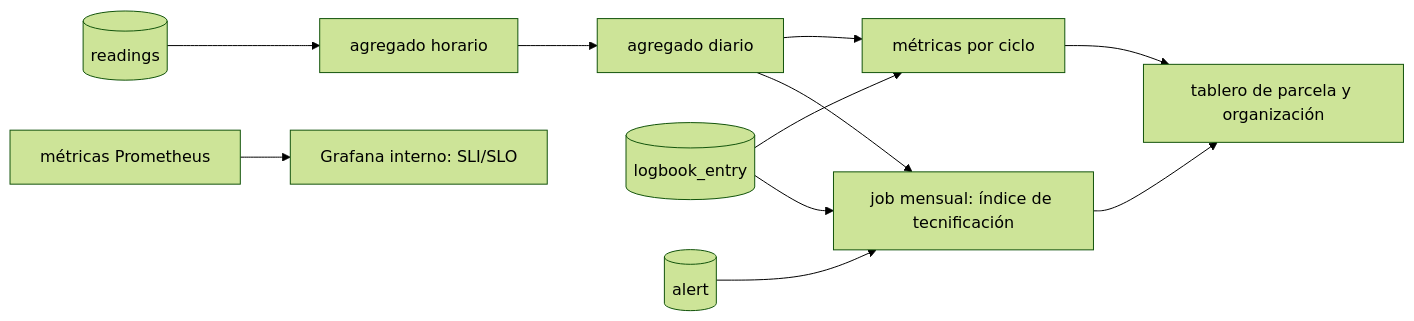
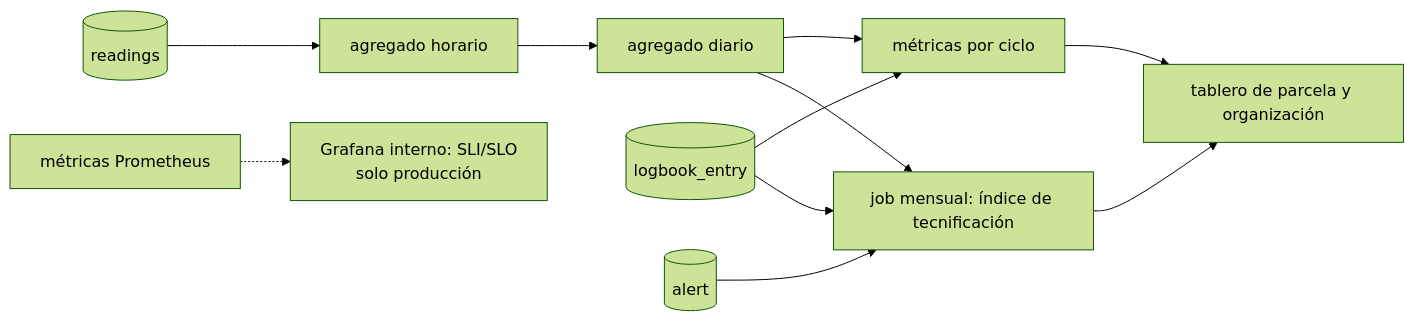
One commit to jab16jy/techcamp-v2 changed the diagram in docs/11-metricas.md. Above: the diagram before and after it, drawn with Mermaid (forest theme). The commit also changed other lines of this file and 2 other files, not shown here.

Commit message:
docs: scope operational SLOs and monitoring to the production profile

````diff
--- a/docs/11-metricas.md
+++ b/docs/11-metricas.md
@@ -97,12 +99,12 @@
 ```mermaid
 flowchart LR
   R[(readings)] --> H[agregado horario] --> D[agregado diario]
   L[(logbook_entry)] --> C[métricas por ciclo]
   D --> C
   A[(alert)] --> M[job mensual: índice de tecnificación]
   D --> M
   L --> M
   C --> T[tablero de parcela y organización]
   M --> T
-  S[métricas Prometheus] --> G[Grafana interno: SLI/SLO]
+  S[métricas Prometheus] -.-> G[Grafana interno: SLI/SLO<br/>solo producción]
 ```
````
